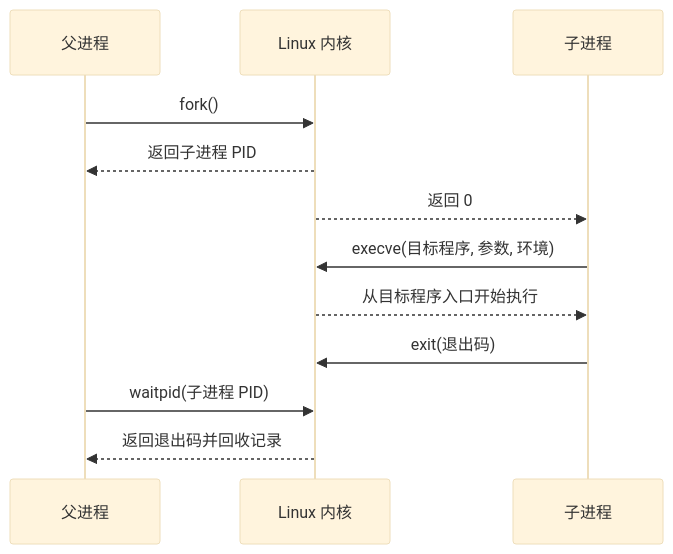
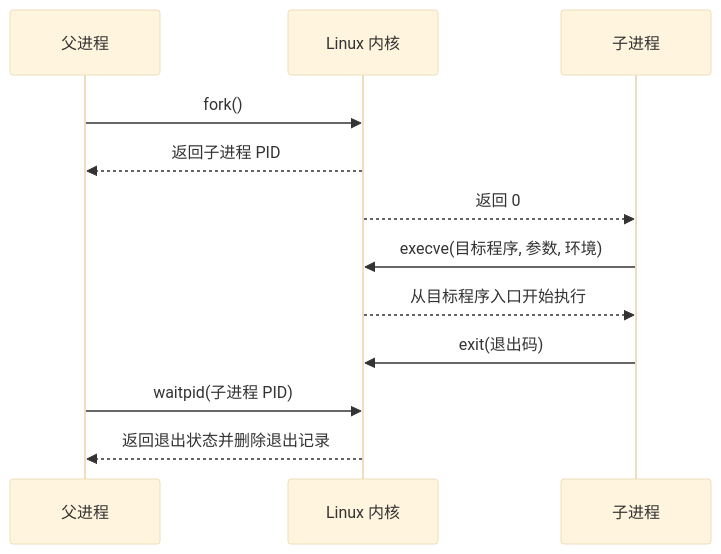
One commit to xizheyin/hft-book-rs changed the second of 5 diagrams in books/rust-hft/src/foundations/processes_fds.md. Above: the diagram before and after it, drawn with Mermaid (base theme). The commit also changed other lines of this file and 207 other files, not shown here.

````diff
--- a/books/rust-hft/src/foundations/processes_fds.md
+++ b/books/rust-hft/src/foundations/processes_fds.md
@@ -44,14 +42,14 @@
 ```mermaid
 sequenceDiagram
     participant P as 父进程
     participant K as Linux 内核
     participant C as 子进程
     P->>K: fork()
     K-->>P: 返回子进程 PID
     K-->>C: 返回 0
     C->>K: execve(目标程序, 参数, 环境)
     K-->>C: 从目标程序入口开始执行
     C->>K: exit(退出码)
     P->>K: waitpid(子进程 PID)
-    K-->>P: 返回退出码并回收记录
+    K-->>P: 返回退出状态并删除退出记录
 ```
````
